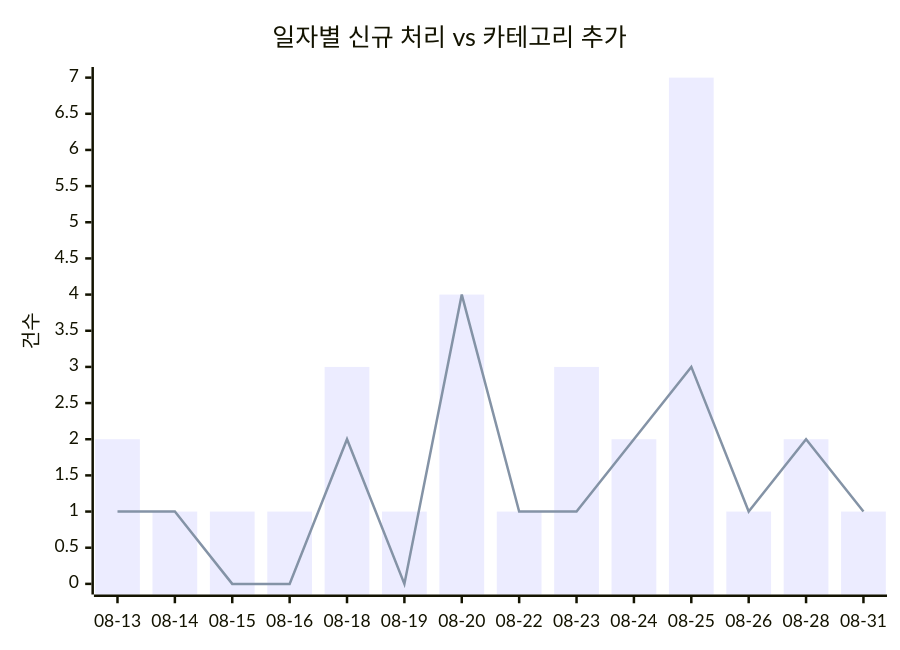
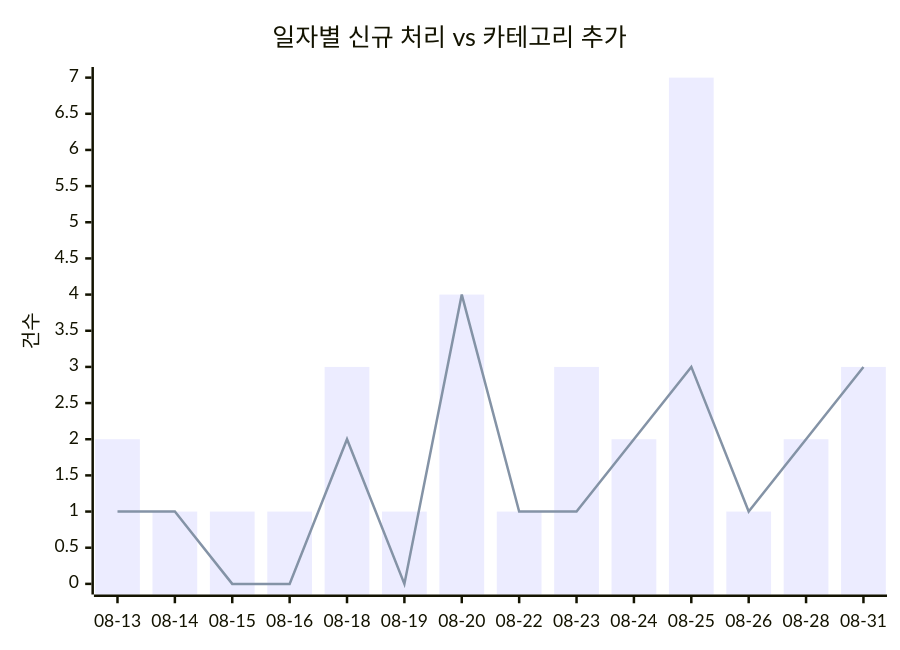
One commit to J-nowcow/awesome-korean-agent-skills changed the first of 2 diagrams in docs/trends.md. Above: the diagram before and after it, drawn with Mermaid. The commit also changed other lines of this file and 5 other files, not shown here.

````diff
--- a/docs/trends.md
+++ b/docs/trends.md
@@ -32,8 +32,8 @@
 ```mermaid
 xychart-beta
     title "일자별 신규 처리 vs 카테고리 추가"
     x-axis ["08-13","08-14","08-15","08-16","08-18","08-19","08-20","08-22","08-23","08-24","08-25","08-26","08-28","08-31"]
     y-axis "건수"
-    bar [2,1,1,1,3,1,4,1,3,2,7,1,2,1]
-    line [1,1,0,0,2,0,4,1,1,2,3,1,2,1]
+    bar [2,1,1,1,3,1,4,1,3,2,7,1,2,3]
+    line [1,1,0,0,2,0,4,1,1,2,3,1,2,3]
 ```
````
